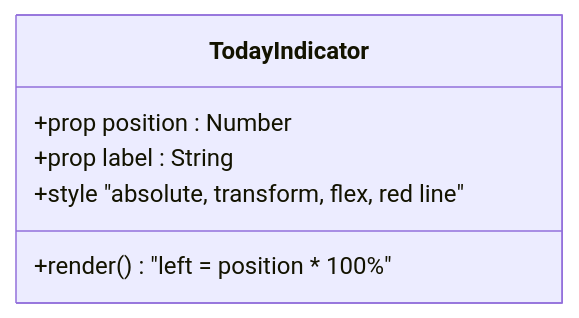
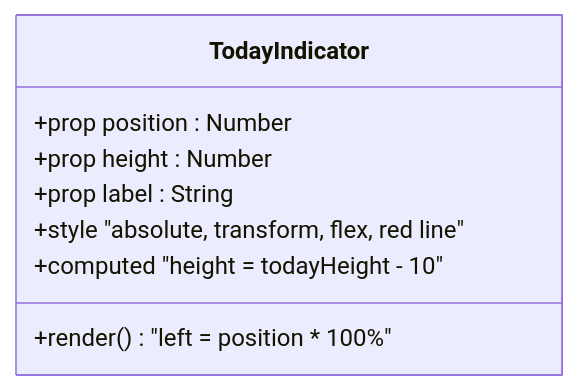
The third of 6 diagrams in .qoder/repowiki/zh/content/核心组件/TodayIndicator 今日指示器组件.md (xuanyulingnfeg/gameCalendar), drawn with Mermaid before and after one commit. The commit also changed other lines of this file and 7 other files, not shown here.

````diff
--- a/.qoder/repowiki/zh/content/核心组件/TodayIndicator 今日指示器组件.md
+++ b/.qoder/repowiki/zh/content/核心组件/TodayIndicator 今日指示器组件.md
@@ -134,9 +149,11 @@
 ```mermaid
 classDiagram
 class TodayIndicator {
 +prop position : Number
++prop height : Number
 +prop label : String
 +render() "left = position * 100%"
 +style "absolute, transform, flex, red line"
++computed "height = todayHeight - 10"
 }
 ```
````
